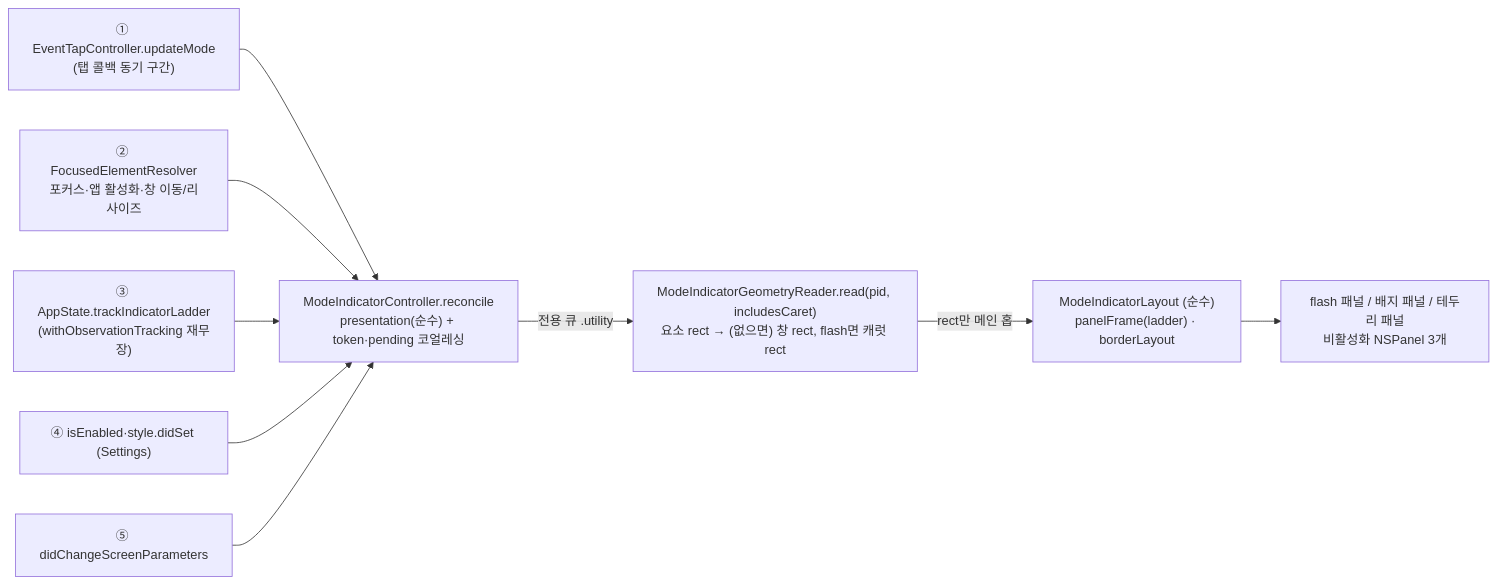
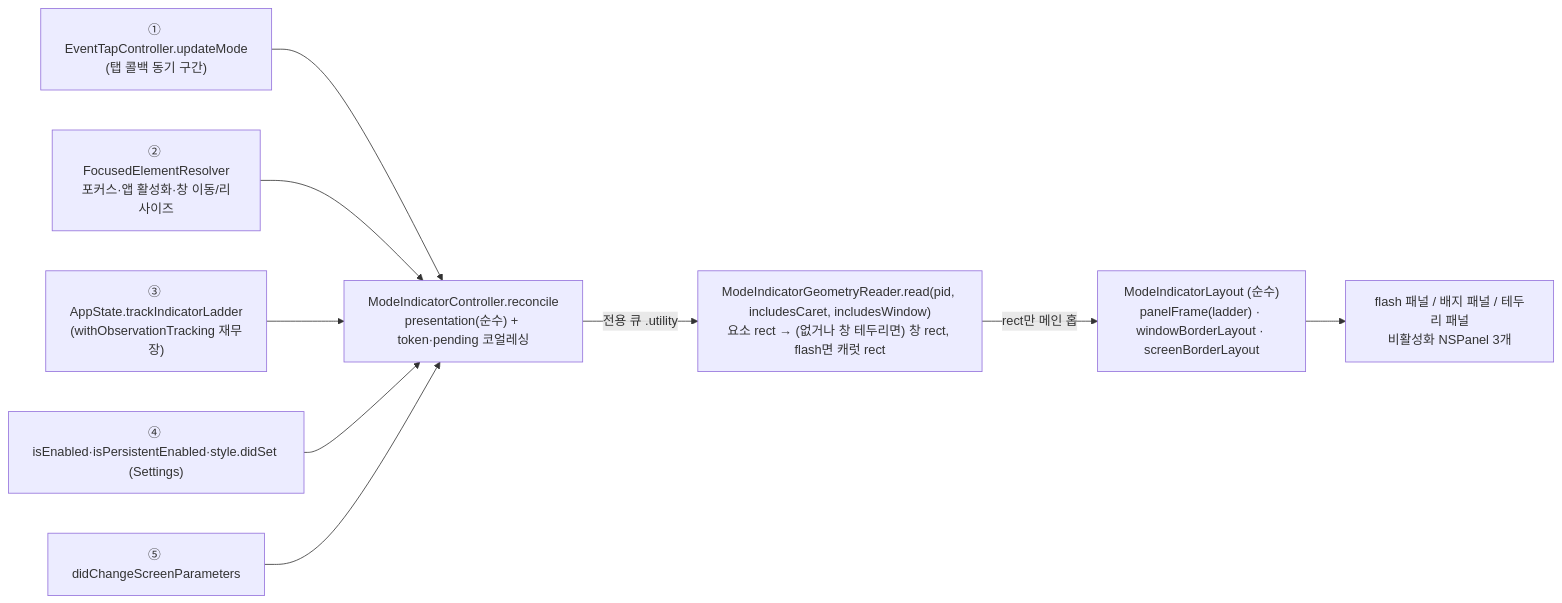
The diagram in .claude/skills/architecture/references/mode-indicator-overlay.md (pilyang/vim-action), drawn with Mermaid before and after one commit. The commit also changed other lines of this file and 7 other files, not shown here.

First line of the commit message:
docs: record the opt-in indicator options and update the overlay architecture

````diff
--- a/.claude/skills/architecture/references/mode-indicator-overlay.md
+++ b/.claude/skills/architecture/references/mode-indicator-overlay.md
@@ -9,12 +9,12 @@
 ```mermaid
 graph LR
     T1["① EventTapController.updateMode<br/>(탭 콜백 동기 구간)"] --> R
     T2["② FocusedElementResolver<br/>포커스·앱 활성화·창 이동/리사이즈"] --> R
     T3["③ AppState.trackIndicatorLadder<br/>(withObservationTracking 재무장)"] --> R
-    T4["④ isEnabled·style.didSet (Settings)"] --> R
+    T4["④ isEnabled·isPersistentEnabled·style.didSet (Settings)"] --> R
     T5["⑤ didChangeScreenParameters"] --> R
     R["ModeIndicatorController.reconcile<br/>presentation(순수) + token·pending 코얼레싱"]
-    R -->|전용 큐 .utility| G["ModeIndicatorGeometryReader.read(pid, includesCaret)<br/>요소 rect → (없으면) 창 rect, flash면 캐럿 rect"]
-    G -->|rect만 메인 홉| L["ModeIndicatorLayout (순수)<br/>panelFrame(ladder) · borderLayout"]
+    R -->|전용 큐 .utility| G["ModeIndicatorGeometryReader.read(pid, includesCaret, includesWindow)<br/>요소 rect → (없거나 창 테두리면) 창 rect, flash면 캐럿 rect"]
+    G -->|rect만 메인 홉| L["ModeIndicatorLayout (순수)<br/>panelFrame(ladder) · windowBorderLayout · screenBorderLayout"]
     L --> P["flash 패널 / 배지 패널 / 테두리 패널<br/>비활성화 NSPanel 3개"]
 ```
````
